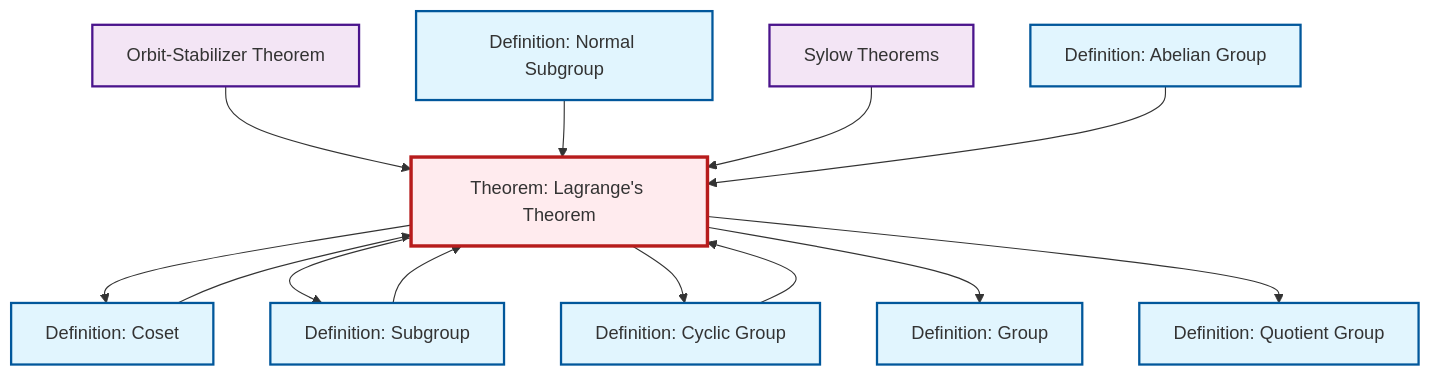
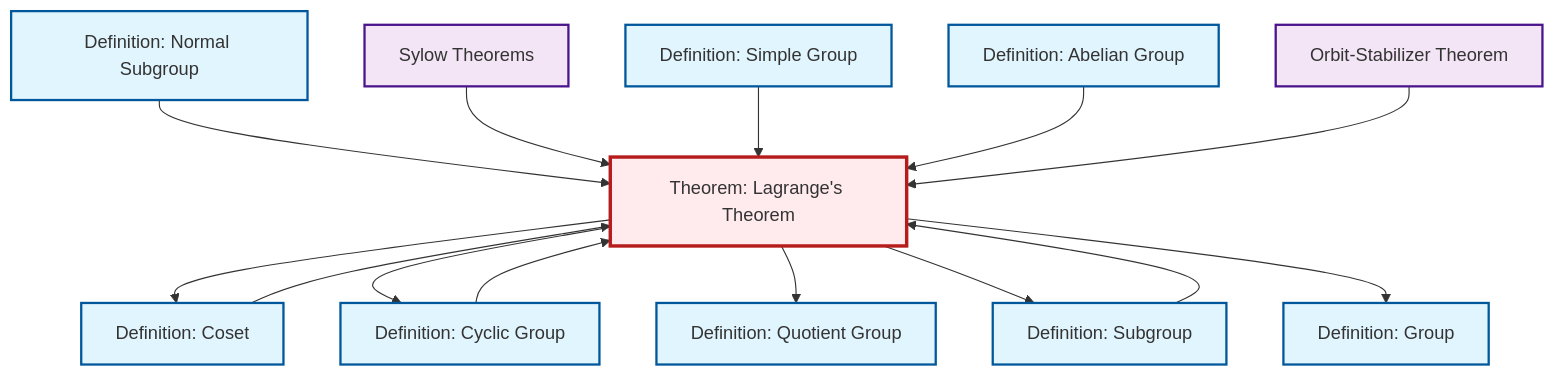
Before and after one commit to RK0429/ModernMath: the diagram in content/ja/algebra/thm-lagrange.qmd, drawn with Mermaid. The commit also changed 554 other files, not shown here.

````diff
--- a/content/ja/algebra/thm-lagrange.qmd
+++ b/content/ja/algebra/thm-lagrange.qmd
@@ -53,41 +53,44 @@
 ```{mermaid}
 %%| fig-cap: "Local dependency graph"
 graph TD
     classDef definition fill:#e1f5fe,stroke:#01579b,stroke-width:2px
     classDef theorem fill:#f3e5f5,stroke:#4a148c,stroke-width:2px
     classDef axiom fill:#fff3e0,stroke:#e65100,stroke-width:2px
     classDef example fill:#e8f5e9,stroke:#1b5e20,stroke-width:2px
     classDef current fill:#ffebee,stroke:#b71c1c,stroke-width:3px
+    def-quotient-group["Definition: Quotient Group"]:::definition
     def-abelian-group["Definition: Abelian Group"]:::definition
+    def-subgroup["Definition: Subgroup"]:::definition
+    def-simple-group["Definition: Simple Group"]:::definition
     def-cyclic-group["Definition: Cyclic Group"]:::definition
-    def-quotient-group["Definition: Quotient Group"]:::definition
+    def-group["Definition: Group"]:::definition
     thm-sylow["Sylow Theorems"]:::theorem
-    def-group["Definition: Group"]:::definition
+    def-normal-subgroup["Definition: Normal Subgroup"]:::definition
     thm-orbit-stabilizer["Orbit-Stabilizer Theorem"]:::theorem
-    def-normal-subgroup["Definition: Normal Subgroup"]:::definition
-    def-subgroup["Definition: Subgroup"]:::definition
+    def-coset["Definition: Coset"]:::definition
     thm-lagrange["Theorem: Lagrange's Theorem"]:::theorem
-    def-coset["Definition: Coset"]:::definition
-    thm-orbit-stabilizer --> thm-lagrange
-    thm-lagrange --> def-coset
-    thm-lagrange --> def-subgroup
-    def-cyclic-group --> thm-lagrange
-    thm-lagrange --> def-cyclic-group
-    thm-lagrange --> def-group
-    thm-lagrange --> def-quotient-group
-    def-coset --> thm-lagrange
     def-normal-subgroup --> thm-lagrange
     thm-sylow --> thm-lagrange
+    def-simple-group --> thm-lagrange
+    def-subgroup --> thm-lagrange
     def-abelian-group --> thm-lagrange
-    def-subgroup --> thm-lagrange
+    thm-lagrange --> def-coset
+    thm-lagrange --> def-cyclic-group
+    thm-orbit-stabilizer --> thm-lagrange
+    def-coset --> thm-lagrange
+    thm-lagrange --> def-quotient-group
+    def-cyclic-group --> thm-lagrange
+    thm-lagrange --> def-subgroup
+    thm-lagrange --> def-group
     class thm-lagrange current
+    click def-quotient-group "def-quotient-group.html" "Definition: Quotient Groupへ"
     click def-abelian-group "def-abelian-group.html" "Definition: Abelian Groupへ"
+    click def-subgroup "def-subgroup.html" "Definition: Subgroupへ"
+    click def-simple-group "def-simple-group.html" "Definition: Simple Groupへ"
     click def-cyclic-group "def-cyclic-group.html" "Definition: Cyclic Groupへ"
-    click def-quotient-group "def-quotient-group.html" "Definition: Quotient Groupへ"
+    click def-group "def-group.html" "Definition: Groupへ"
     click thm-sylow "thm-sylow.html" "Sylow Theoremsへ"
-    click def-group "def-group.html" "Definition: Groupへ"
+    click def-normal-subgroup "def-normal-subgroup.html" "Definition: Normal Subgroupへ"
     click thm-orbit-stabilizer "thm-orbit-stabilizer.html" "Orbit-Stabilizer Theoremへ"
-    click def-normal-subgroup "def-normal-subgroup.html" "Definition: Normal Subgroupへ"
-    click def-subgroup "def-subgroup.html" "Definition: Subgroupへ"
     click def-coset "def-coset.html" "Definition: Cosetへ"
 ```
````
